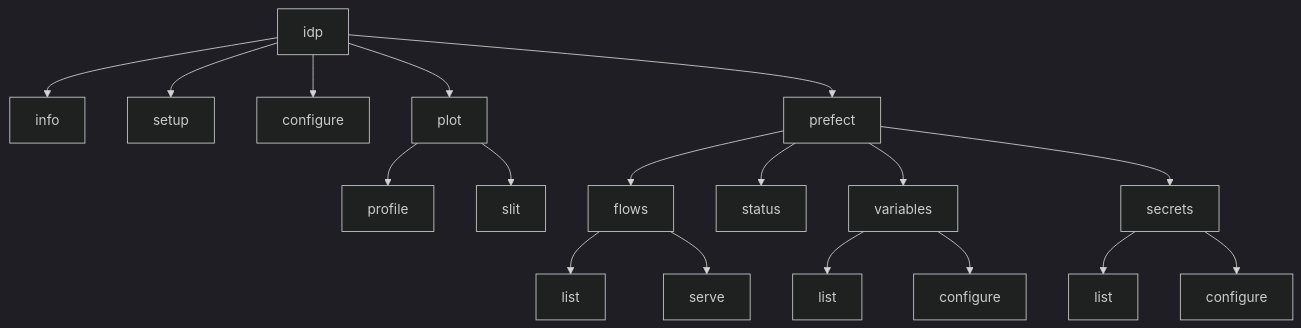
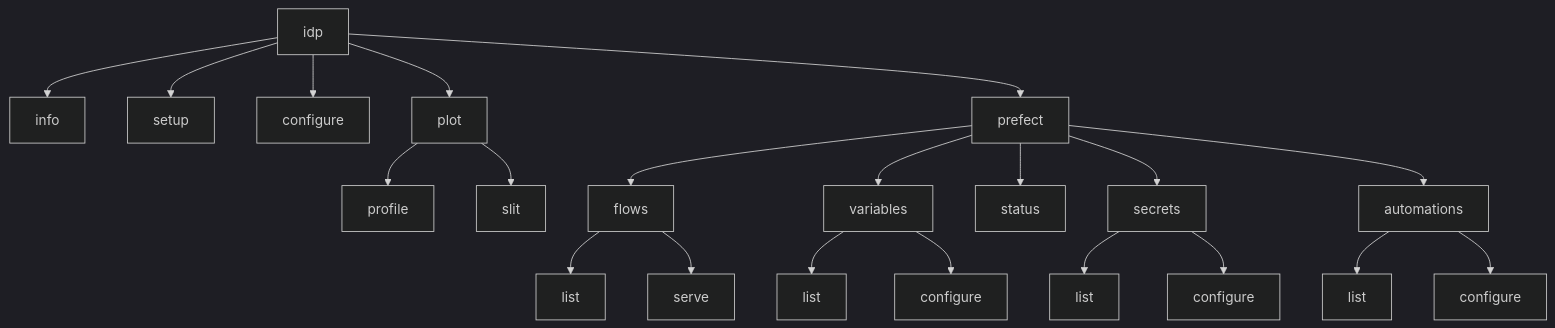
The first of 2 diagrams in docs/cli/cli_usage.md (cdeldon/irsol-data-pipeline), drawn with Mermaid (dark theme) before and after one commit. The commit also changed other lines of this file and 9 other files, not shown here.

First line of the commit message:
refactor: split `idp configure` automations into `idp prefect automations` subcommand (#48)

````diff
--- a/docs/cli/cli_usage.md
+++ b/docs/cli/cli_usage.md
@@ -11,45 +11,52 @@
 ```mermaid
 flowchart TD
     IDP["idp"]
     INFO["info"]
     SETUP["setup"]
     CONFIGURE["configure"]
     PLOT["plot"]
     PREFECT["prefect"]
 
     PROFILE["profile"]
     SLIT["slit"]
+
+    AUTOMATIONS["automations"]
+    LIST_A["list"]
+    CONFIGURE_A["configure"]
 
     FLOWS["flows"]
     STATUS["status"]
     VARS["variables"]
     SECRETS["secrets"]
 
     LIST_F["list"]
     SERVE["serve"]
     LIST_V["list"]
     CONFIGURE_V["configure"]
     LIST_S["list"]
     CONFIGURE_S["configure"]
 
     IDP --> INFO
     IDP --> SETUP
     IDP --> CONFIGURE
     IDP --> PLOT
     IDP --> PREFECT
 
     PLOT --> PROFILE
     PLOT --> SLIT
 
+    PREFECT --> STATUS
     PREFECT --> FLOWS
-    PREFECT --> STATUS
     PREFECT --> VARS
     PREFECT --> SECRETS
+    PREFECT --> AUTOMATIONS
 
+    AUTOMATIONS --> LIST_A
+    AUTOMATIONS --> CONFIGURE_A
     FLOWS --> LIST_F
     FLOWS --> SERVE
     VARS --> LIST_V
     VARS --> CONFIGURE_V
     SECRETS --> LIST_S
     SECRETS --> CONFIGURE_S
 ```
````
